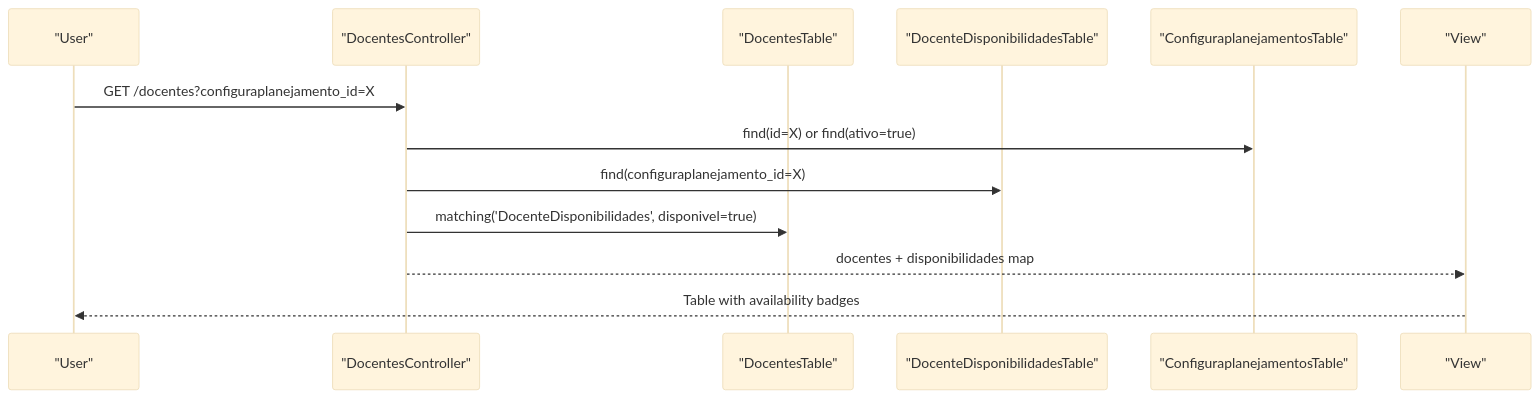
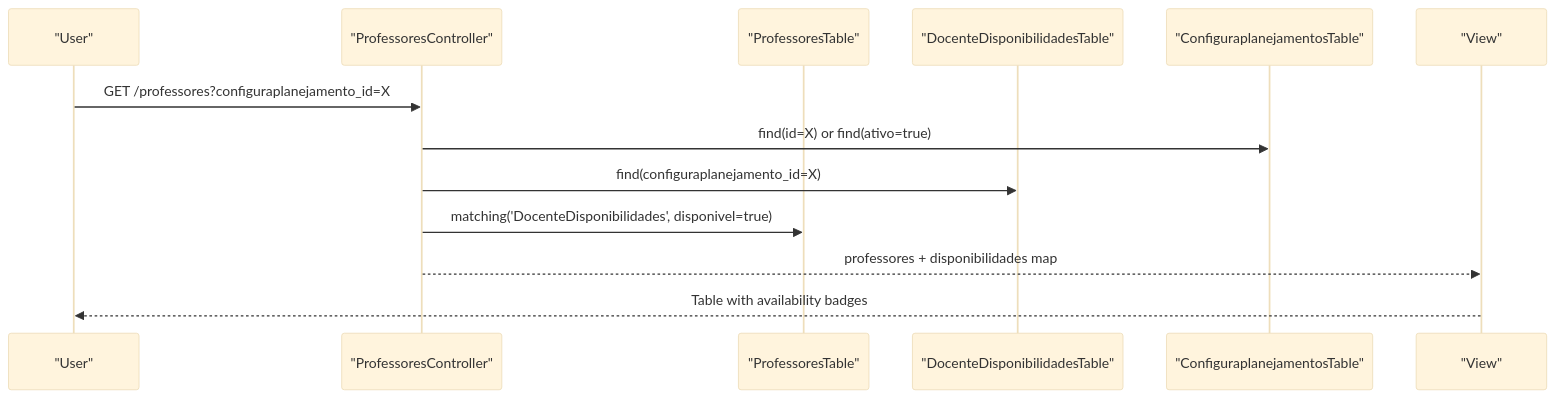
Before and after one commit to luiseduacosta/planejamento5: the sixth of 9 diagrams in .qoder/repowiki/en/content/Project Overview/Core Features Overview/Faculty Management/Faculty Management.md, drawn with Mermaid (base theme). The commit also changed other lines of this file and 37 other files, not shown here.

Commit message:
repowiki: rename Docentes → Professores in metadata

````diff
--- a/.qoder/repowiki/en/content/Project Overview/Core Features Overview/Faculty Management/Faculty Management.md
+++ b/.qoder/repowiki/en/content/Project Overview/Core Features Overview/Faculty Management/Faculty Management.md
@@ -345,15 +345,15 @@
 ```mermaid
 sequenceDiagram
 participant U as "User"
-participant C as "DocentesController"
-participant T as "DocentesTable"
+participant C as "ProfessoresController"
+participant T as "ProfessoresTable"
 participant DT as "DocenteDisponibilidadesTable"
 participant CT as "ConfiguraplanejamentosTable"
 participant V as "View"
-U->>C : GET /docentes?configuraplanejamento_id=X
+U->>C : GET /professores?configuraplanejamento_id=X
 C->>CT : find(id=X) or find(ativo=true)
 C->>DT : find(configuraplanejamento_id=X)
 C->>T : matching('DocenteDisponibilidades', disponivel=true)
-C-->>V : docentes + disponibilidades map
+C-->>V : professores + disponibilidades map
 V-->>U : Table with availability badges
 ```
````
